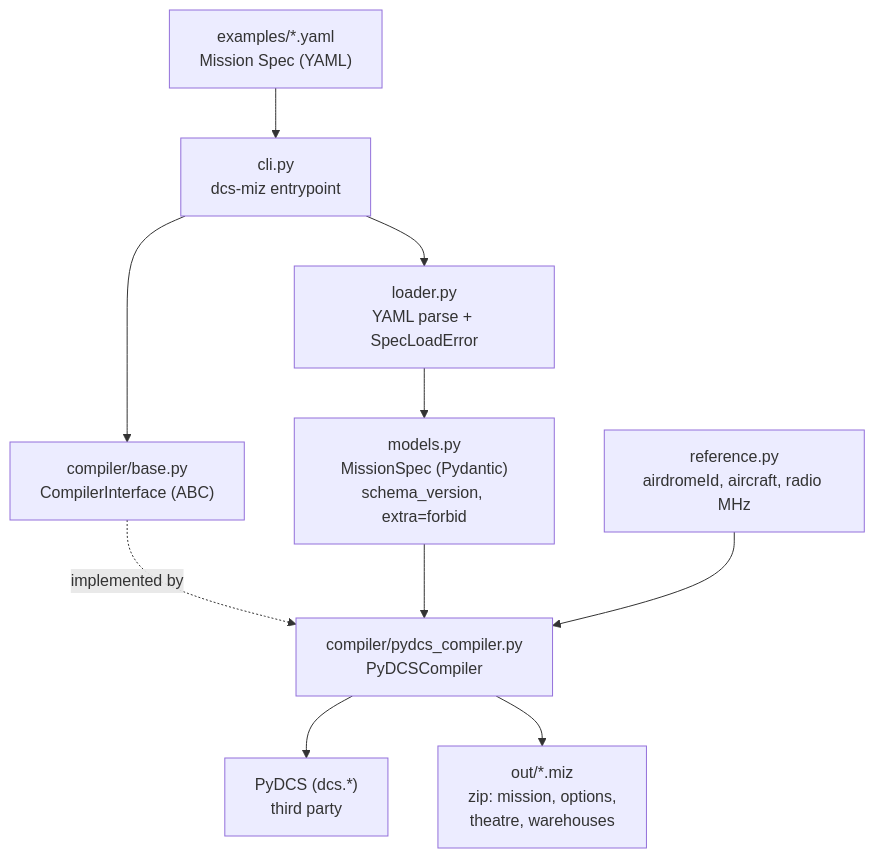
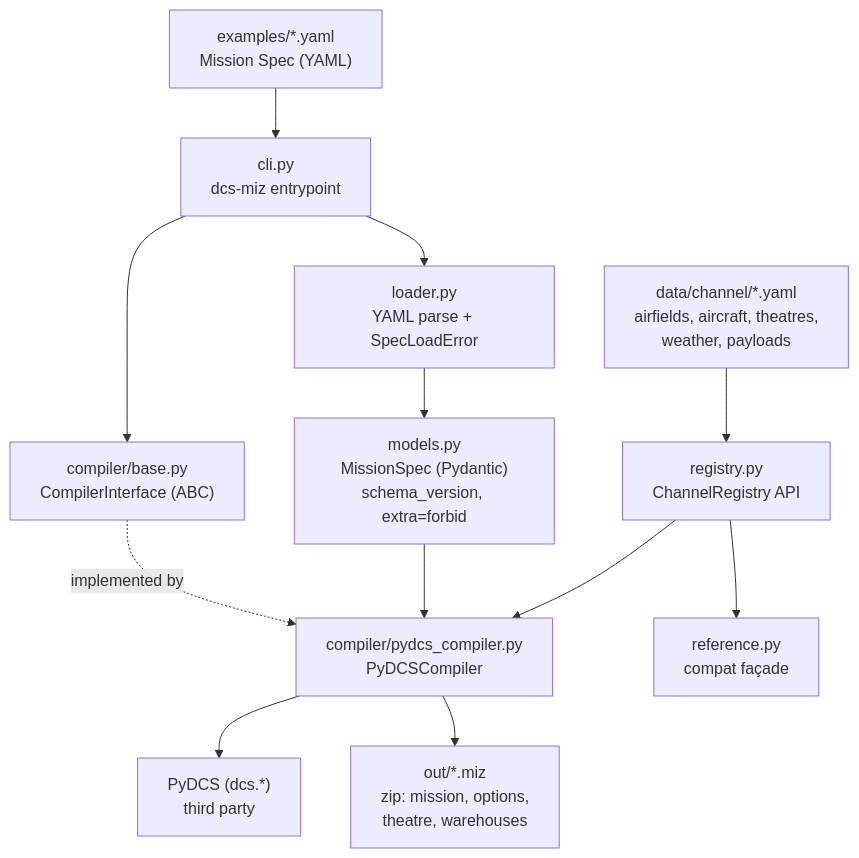
The diagram in docs/ARCHITECTURE.md (amalaguti/dcs-miz-planner-agentic), drawn with Mermaid before and after one commit. The commit also changed other lines of this file and 16 other files, not shown here.

First line of the commit message:
Add Channel reference registry (YAML + API) and wire the compiler to it.

````diff
--- a/docs/ARCHITECTURE.md
+++ b/docs/ARCHITECTURE.md
@@ -12,20 +12,24 @@
 ```mermaid
 flowchart TD
     yaml["examples/*.yaml<br/>Mission Spec (YAML)"]
     cli["cli.py<br/>dcs-miz entrypoint"]
     loader["loader.py<br/>YAML parse + SpecLoadError"]
     models["models.py<br/>MissionSpec (Pydantic)<br/>schema_version, extra=forbid"]
     base["compiler/base.py<br/>CompilerInterface (ABC)"]
     pydcs["compiler/pydcs_compiler.py<br/>PyDCSCompiler"]
-    ref["reference.py<br/>airdromeId, aircraft, radio MHz"]
+    registry["registry.py<br/>ChannelRegistry API"]
+    data["data/channel/*.yaml<br/>airfields, aircraft, theatres,<br/>weather, payloads"]
+    ref["reference.py<br/>compat façade"]
     lib["PyDCS (dcs.*)<br/>third party"]
     miz["out/*.miz<br/>zip: mission, options,<br/>theatre, warehouses"]
 
     yaml --> cli --> loader --> models
     cli --> base
     base -.implemented by.-> pydcs
     models --> pydcs
-    ref --> pydcs
+    data --> registry
+    registry --> pydcs
+    registry --> ref
     pydcs --> lib
     pydcs --> miz
 ```
````
